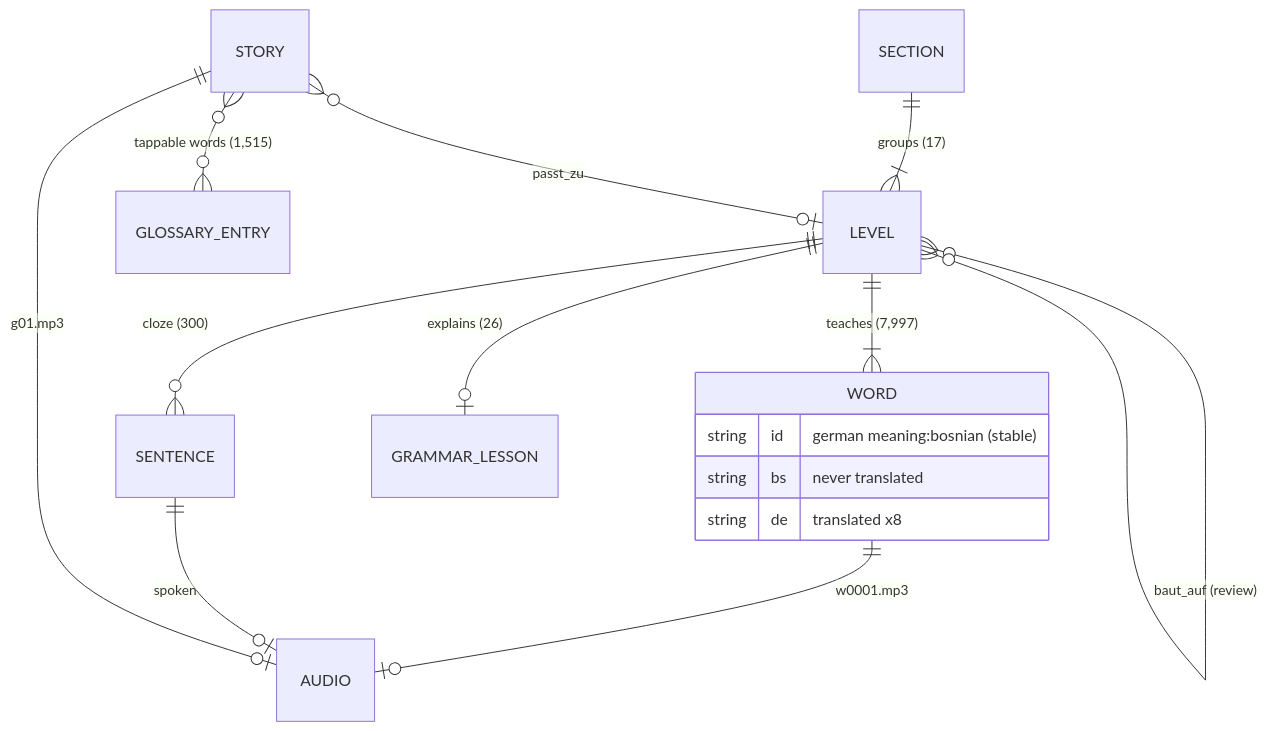
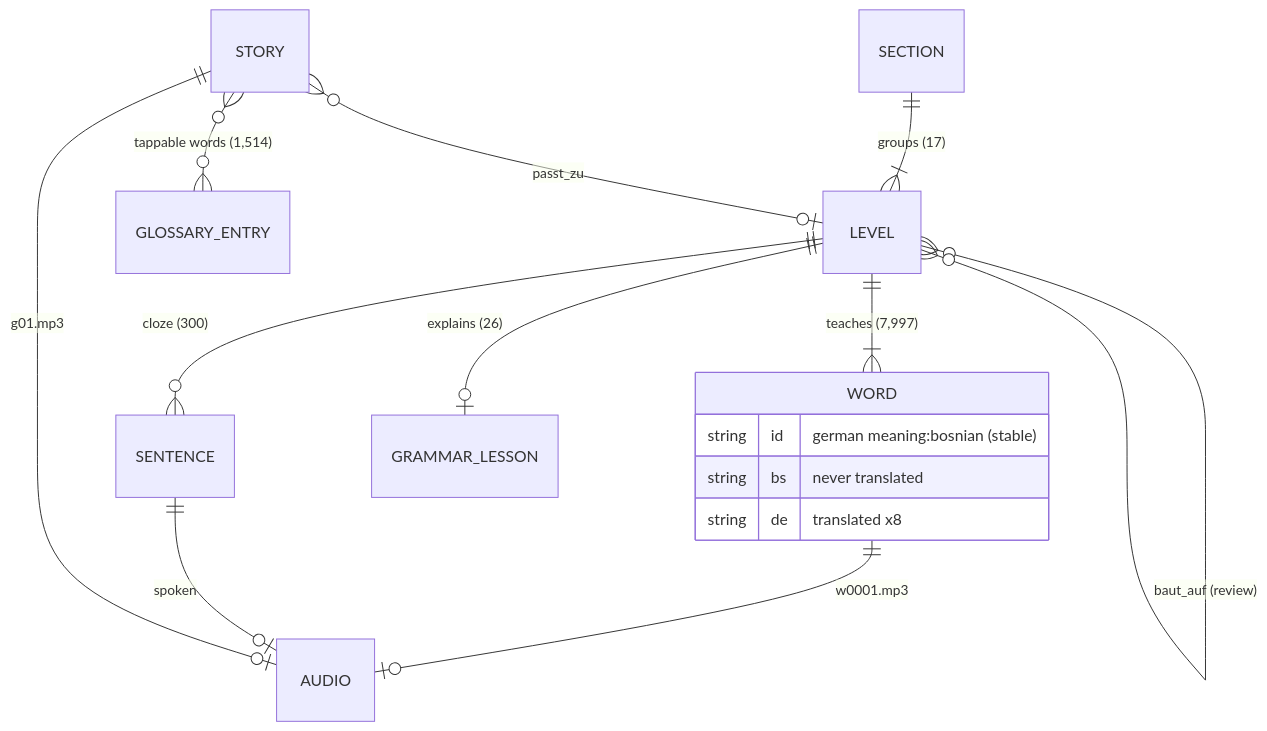
Before and after one commit to zmaj-lernapp/zmaj: the second of 3 diagrams in docs/ARCHITECTURE.md, drawn with Mermaid. The commit also changed 20 other files, not shown here.

````diff
--- a/docs/ARCHITECTURE.md
+++ b/docs/ARCHITECTURE.md
@@ -54,18 +54,18 @@
 ```mermaid
 erDiagram
   SECTION ||--|{ LEVEL : "groups (17)"
   LEVEL ||--|{ WORD : "teaches (7,997)"
   LEVEL ||--o{ SENTENCE : "cloze (300)"
   LEVEL ||--o| GRAMMAR_LESSON : "explains (26)"
   LEVEL }o--o{ LEVEL : "baut_auf (review)"
   STORY }o--o| LEVEL : "passt_zu"
-  STORY }o--o{ GLOSSARY_ENTRY : "tappable words (1,515)"
+  STORY }o--o{ GLOSSARY_ENTRY : "tappable words (1,514)"
   WORD ||--o| AUDIO : "w0001.mp3"
   SENTENCE ||--o| AUDIO : "spoken"
   STORY ||--o| AUDIO : "g01.mp3"
   WORD {
     string id "german meaning:bosnian (stable)"
     string bs "never translated"
     string de "translated x8"
   }
 ```
````
